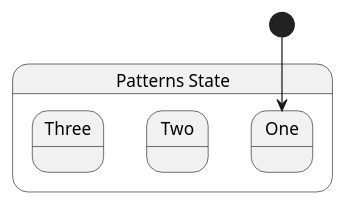
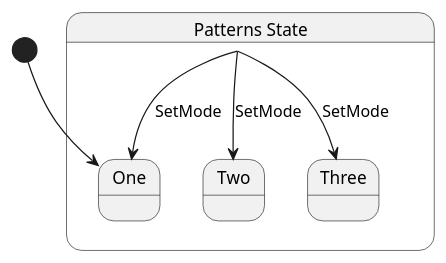
One commit to chickensoft-games/LogicBlocks changed the diagram in Chickensoft.LogicBlocks.Generator.Tests/test_cases/Patterns.g.puml. Above: the diagram before and after it, drawn with PlantUML.

Commit message:
chore: update puml

```diff
--- a/Chickensoft.LogicBlocks.Generator.Tests/test_cases/Patterns.g.puml
+++ b/Chickensoft.LogicBlocks.Generator.Tests/test_cases/Patterns.g.puml
@@ -1,8 +1,13 @@
 @startuml Patterns
 state "Patterns State" as Chickensoft_LogicBlocks_Generator_Tests_Patterns_State {
   state "One" as Chickensoft_LogicBlocks_Generator_Tests_Patterns_State_One
   state "Two" as Chickensoft_LogicBlocks_Generator_Tests_Patterns_State_Two
   state "Three" as Chickensoft_LogicBlocks_Generator_Tests_Patterns_State_Three
 }
+
+Chickensoft_LogicBlocks_Generator_Tests_Patterns_State --> Chickensoft_LogicBlocks_Generator_Tests_Patterns_State_One : SetMode
+Chickensoft_LogicBlocks_Generator_Tests_Patterns_State --> Chickensoft_LogicBlocks_Generator_Tests_Patterns_State_Three : SetMode
+Chickensoft_LogicBlocks_Generator_Tests_Patterns_State --> Chickensoft_LogicBlocks_Generator_Tests_Patterns_State_Two : SetMode
+
 [*] --> Chickensoft_LogicBlocks_Generator_Tests_Patterns_State_One
 @enduml
```
